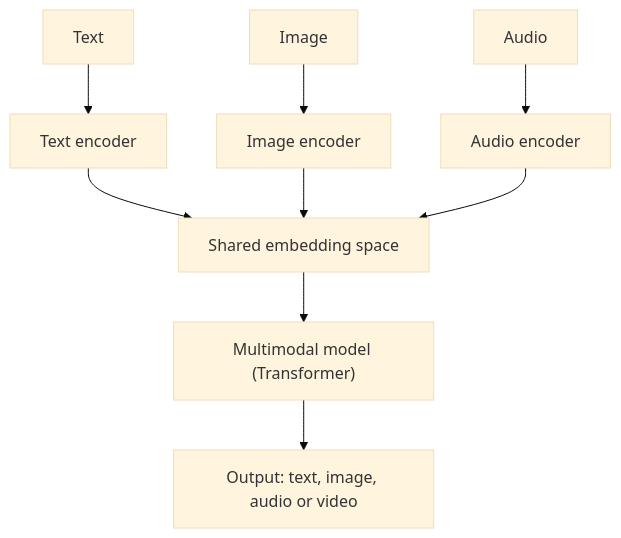
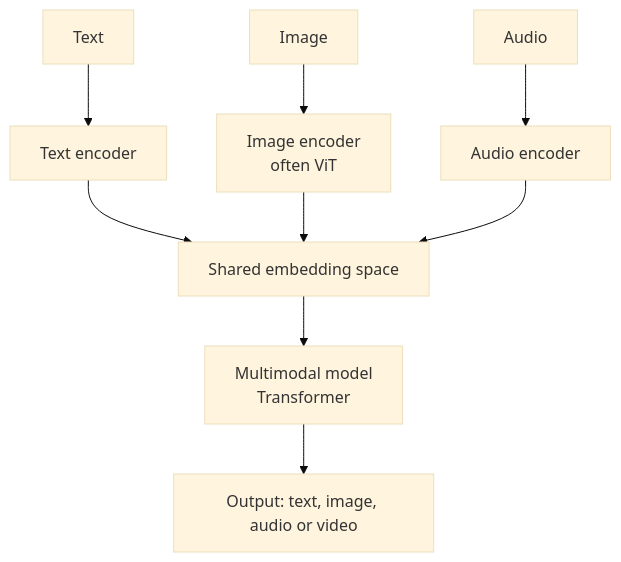
Before and after one commit to kaisarnajar/outcome-school-blogs: the first of 2 diagrams in notes/step-15-multimodal-ai-and-generative-models/173-multimodal-ai.md, drawn with Mermaid (base theme). The commit also changed other lines of this file and 233 other files, not shown here.

````diff
--- a/notes/step-15-multimodal-ai-and-generative-models/173-multimodal-ai.md
+++ b/notes/step-15-multimodal-ai-and-generative-models/173-multimodal-ai.md
@@ -47,11 +55,11 @@
 ```mermaid
 flowchart TD
-    T["Text"] --> TE["Text encoder"]
-    I["Image"] --> IE["Image encoder"]
-    A["Audio"] --> AE["Audio encoder"]
-    TE --> S["Shared embedding space"]
-    IE --> S
-    AE --> S
-    S --> M["Multimodal model (Transformer)"]
-    M --> O["Output: text, image, audio or video"]
+    T1["Text"] --> E1["Text encoder"]
+    I1["Image"] --> E2["Image encoder<br/>often ViT"]
+    A1["Audio"] --> E3["Audio encoder"]
+    E1 --> S1["Shared embedding space"]
+    E2 --> S1
+    E3 --> S1
+    S1 --> M1["Multimodal model<br/>Transformer"]
+    M1 --> O1["Output: text, image, audio or video"]
 ```
````
